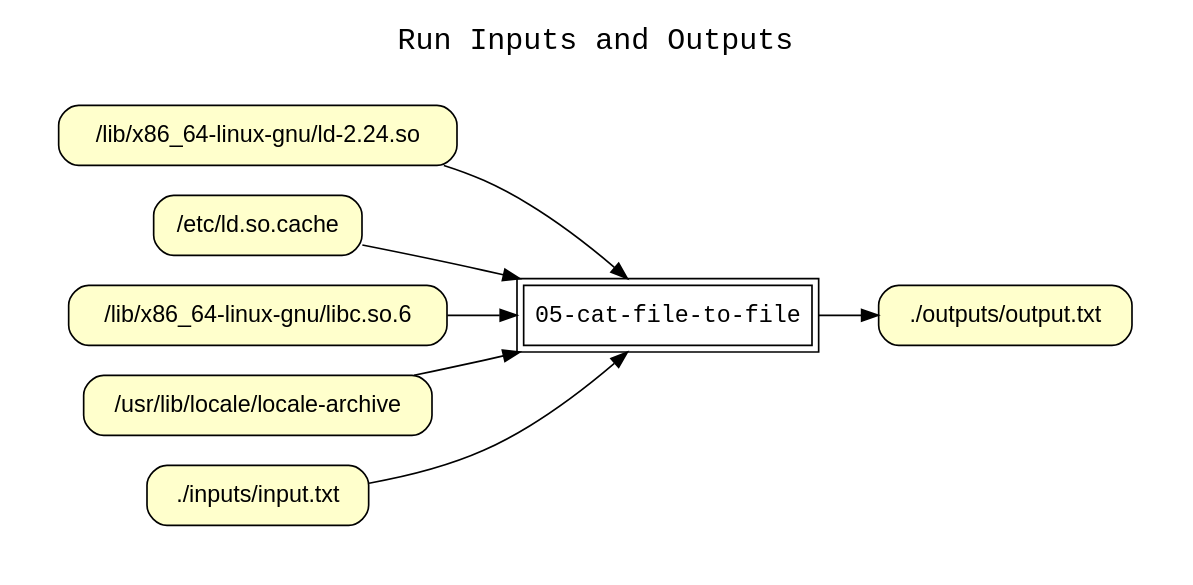
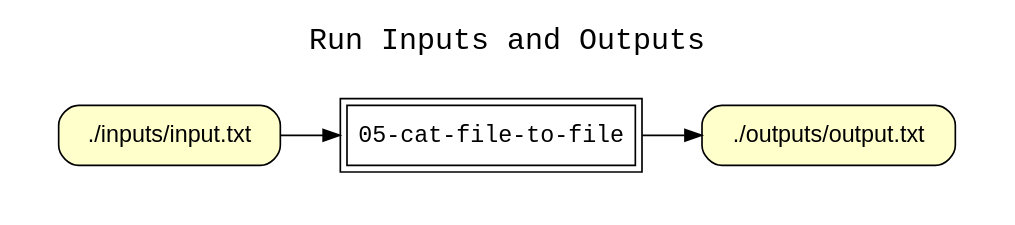
The diagram in examples/05-cat-file-to-file/graphs/wt_run_inputs_outputs.dot (CIRSS/cpr), drawn with Graphviz before and after one commit. The commit also changed 13 other files, not shown here.

Commit message:
In first graph limit read and written files to those in directories with corresponding roles.

```diff
--- a/examples/05-cat-file-to-file/graphs/wt_run_inputs_outputs.dot
+++ b/examples/05-cat-file-to-file/graphs/wt_run_inputs_outputs.dot
@@ -1,28 +1,20 @@
 
 digraph wt_run {
 rankdir=LR
 fontname=Courier; fontsize=18; labelloc=t
 label="Run Inputs and Outputs"
 node[shape=box style="filled" fillcolor="#FFFFFF" peripheries=2 fontname=Courier]
 "05-cat-file-to-file"
 subgraph cluster_inputs { label=""; color=white; penwidth=0
 subgraph cluster_inputs_inner { label=""; color=white
 node[shape=box style="rounded,filled" fillcolor="#FFFFCC" peripheries=1 fontname=Helvetica]
-"input:/lib/x86_64-linux-gnu/ld-2.24.so" [label="/lib/x86_64-linux-gnu/ld-2.24.so"]
-"input:/etc/ld.so.cache" [label="/etc/ld.so.cache"]
-"input:/lib/x86_64-linux-gnu/libc.so.6" [label="/lib/x86_64-linux-gnu/libc.so.6"]
-"input:/usr/lib/locale/locale-archive" [label="/usr/lib/locale/locale-archive"]
 "input:./inputs/input.txt" [label="./inputs/input.txt"]
 }}
 subgraph cluster_outputs { label=""; color=white; penwidth=0
 subgraph cluster_outputs_inner { label=""; color=white
 node[shape=box style="rounded,filled" fillcolor="#FFFFCC" peripheries=1 fontname=Helvetica]
 "output:./outputs/output.txt" [label="./outputs/output.txt"]
 }}
-"input:/lib/x86_64-linux-gnu/ld-2.24.so" -> "05-cat-file-to-file"
-"input:/etc/ld.so.cache" -> "05-cat-file-to-file"
-"input:/lib/x86_64-linux-gnu/libc.so.6" -> "05-cat-file-to-file"
-"input:/usr/lib/locale/locale-archive" -> "05-cat-file-to-file"
 "input:./inputs/input.txt" -> "05-cat-file-to-file"
 "05-cat-file-to-file" -> "output:./outputs/output.txt"
 }
```
